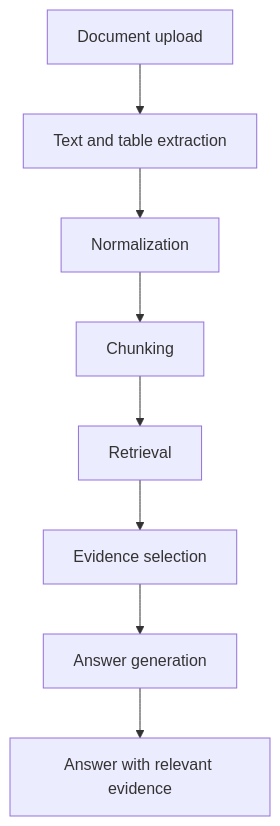
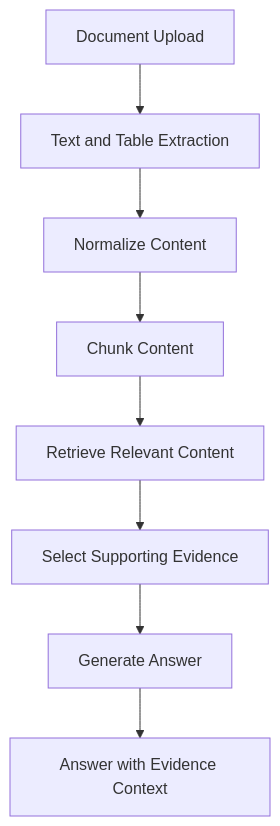
One commit to shreyajoshi144/querysure changed the fourth of 7 diagrams in README.md. Above: the diagram before and after it, drawn with Mermaid. The commit also changed other lines of this file, not shown here.

````diff
--- a/README.md
+++ b/README.md
@@ -242,13 +241,15 @@
 ```mermaid
 flowchart TD
-    A[Document upload] --> B[Text and table extraction]
 
-    B --> C[Normalization]
-    C --> D[Chunking]
-    D --> E[Retrieval]
+    A[Document Upload]
+        --> B[Text and Table Extraction]
 
-    E --> F[Evidence selection]
-    F --> G[Answer generation]
+    B --> C[Normalize Content]
+    C --> D[Chunk Content]
+    D --> E[Retrieve Relevant Content]
 
-    G --> H[Answer with relevant evidence]
+    E --> F[Select Supporting Evidence]
+    F --> G[Generate Answer]
+
+    G --> H[Answer with Evidence Context]
 ```
````
